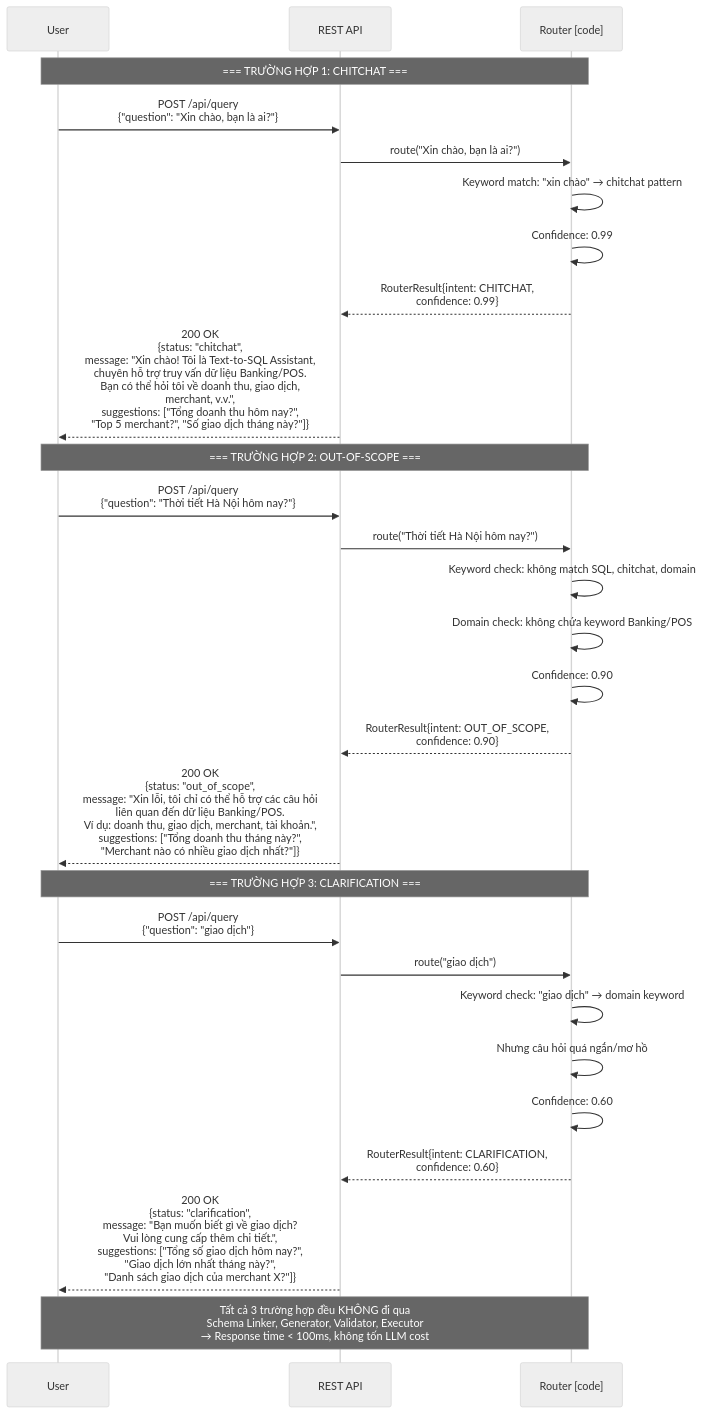
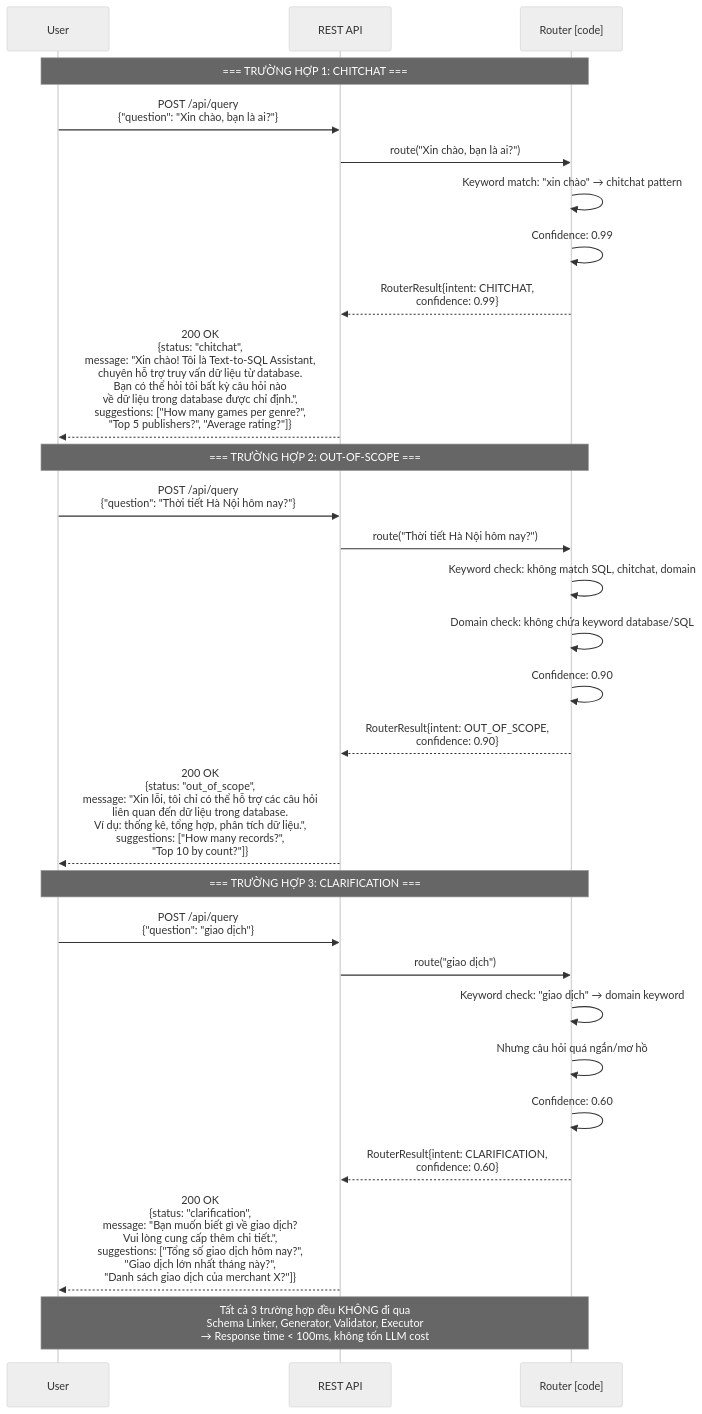
Before and after one commit to Learnheart/Text2SQL: the fourth of 6 diagrams in docs/03_Technical_Assessment/pattern_1_llm_in_the_middle/04_sequence_diagrams.md, drawn with Mermaid (neutral theme). The commit also changed other lines of this file and 17 other files, not shown here.

First line of the commit message:
migrate all docs from banking schema to BIRD multi-database

````diff
--- a/docs/03_Technical_Assessment/pattern_1_llm_in_the_middle/04_sequence_diagrams.md
+++ b/docs/03_Technical_Assessment/pattern_1_llm_in_the_middle/04_sequence_diagrams.md
@@ -207,34 +207,34 @@
 ```mermaid
 sequenceDiagram
     participant U as User
     participant API as REST API
     participant RT as Router [code]
 
     Note over U,RT: === TRƯỜNG HỢP 1: CHITCHAT ===
     U->>API: POST /api/query<br/>{"question": "Xin chào, bạn là ai?"}
     API->>RT: route("Xin chào, bạn là ai?")
     RT->>RT: Keyword match: "xin chào" → chitchat pattern
     RT->>RT: Confidence: 0.99
     RT-->>API: RouterResult{intent: CHITCHAT,<br/>confidence: 0.99}
-    API-->>U: 200 OK<br/>{status: "chitchat",<br/>message: "Xin chào! Tôi là Text-to-SQL Assistant,<br/>chuyên hỗ trợ truy vấn dữ liệu Banking/POS.<br/>Bạn có thể hỏi tôi về doanh thu, giao dịch,<br/>merchant, v.v.",<br/>suggestions: ["Tổng doanh thu hôm nay?",<br/>"Top 5 merchant?", "Số giao dịch tháng này?"]}
+    API-->>U: 200 OK<br/>{status: "chitchat",<br/>message: "Xin chào! Tôi là Text-to-SQL Assistant,<br/>chuyên hỗ trợ truy vấn dữ liệu từ database.<br/>Bạn có thể hỏi tôi bất kỳ câu hỏi nào<br/>về dữ liệu trong database được chỉ định.",<br/>suggestions: ["How many games per genre?",<br/>"Top 5 publishers?", "Average rating?"]}
 
     Note over U,RT: === TRƯỜNG HỢP 2: OUT-OF-SCOPE ===
     U->>API: POST /api/query<br/>{"question": "Thời tiết Hà Nội hôm nay?"}
     API->>RT: route("Thời tiết Hà Nội hôm nay?")
     RT->>RT: Keyword check: không match SQL, chitchat, domain
-    RT->>RT: Domain check: không chứa keyword Banking/POS
+    RT->>RT: Domain check: không chứa keyword database/SQL
     RT->>RT: Confidence: 0.90
     RT-->>API: RouterResult{intent: OUT_OF_SCOPE,<br/>confidence: 0.90}
-    API-->>U: 200 OK<br/>{status: "out_of_scope",<br/>message: "Xin lỗi, tôi chỉ có thể hỗ trợ các câu hỏi<br/>liên quan đến dữ liệu Banking/POS.<br/>Ví dụ: doanh thu, giao dịch, merchant, tài khoản.",<br/>suggestions: ["Tổng doanh thu tháng này?",<br/>"Merchant nào có nhiều giao dịch nhất?"]}
+    API-->>U: 200 OK<br/>{status: "out_of_scope",<br/>message: "Xin lỗi, tôi chỉ có thể hỗ trợ các câu hỏi<br/>liên quan đến dữ liệu trong database.<br/>Ví dụ: thống kê, tổng hợp, phân tích dữ liệu.",<br/>suggestions: ["How many records?",<br/>"Top 10 by count?"]}
 
     Note over U,RT: === TRƯỜNG HỢP 3: CLARIFICATION ===
     U->>API: POST /api/query<br/>{"question": "giao dịch"}
     API->>RT: route("giao dịch")
     RT->>RT: Keyword check: "giao dịch" → domain keyword
     RT->>RT: Nhưng câu hỏi quá ngắn/mơ hồ
     RT->>RT: Confidence: 0.60
     RT-->>API: RouterResult{intent: CLARIFICATION,<br/>confidence: 0.60}
     API-->>U: 200 OK<br/>{status: "clarification",<br/>message: "Bạn muốn biết gì về giao dịch?<br/>Vui lòng cung cấp thêm chi tiết.",<br/>suggestions: ["Tổng số giao dịch hôm nay?",<br/>"Giao dịch lớn nhất tháng này?",<br/>"Danh sách giao dịch của merchant X?"]}
 
     Note over U,RT: Tất cả 3 trường hợp đều KHÔNG đi qua<br/>Schema Linker, Generator, Validator, Executor<br/>→ Response time < 100ms, không tốn LLM cost
 ```
````
